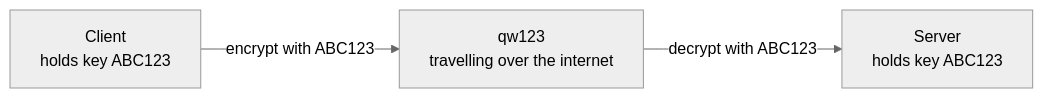
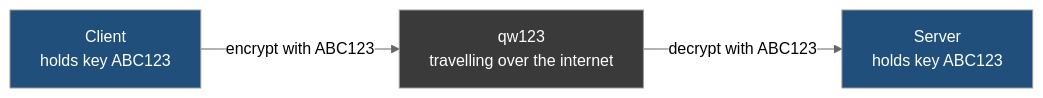
One commit to Dummy-Bug/system-design-handbook changed the first of 4 diagrams in Devops/04-Networking/09-Symmetric-And-Asymmetric-Keys.md. Above: the diagram before and after it, drawn with Mermaid (neutral theme). The commit also changed other lines of this file and 53 other files, not shown here.

````diff
--- a/Devops/04-Networking/09-Symmetric-And-Asymmetric-Keys.md
+++ b/Devops/04-Networking/09-Symmetric-And-Asymmetric-Keys.md
@@ -23,5 +23,8 @@
 ```mermaid
 flowchart LR
     C["Client<br/>holds key ABC123"] -->|"encrypt with ABC123"| NET["qw123<br/>travelling over the internet"]
     NET -->|"decrypt with ABC123"| S["Server<br/>holds key ABC123"]
+    style C fill:#1f4f7a,color:#fff
+    style NET fill:#3a3a3a,color:#fff
+    style S fill:#1f4f7a,color:#fff
 ```
````
